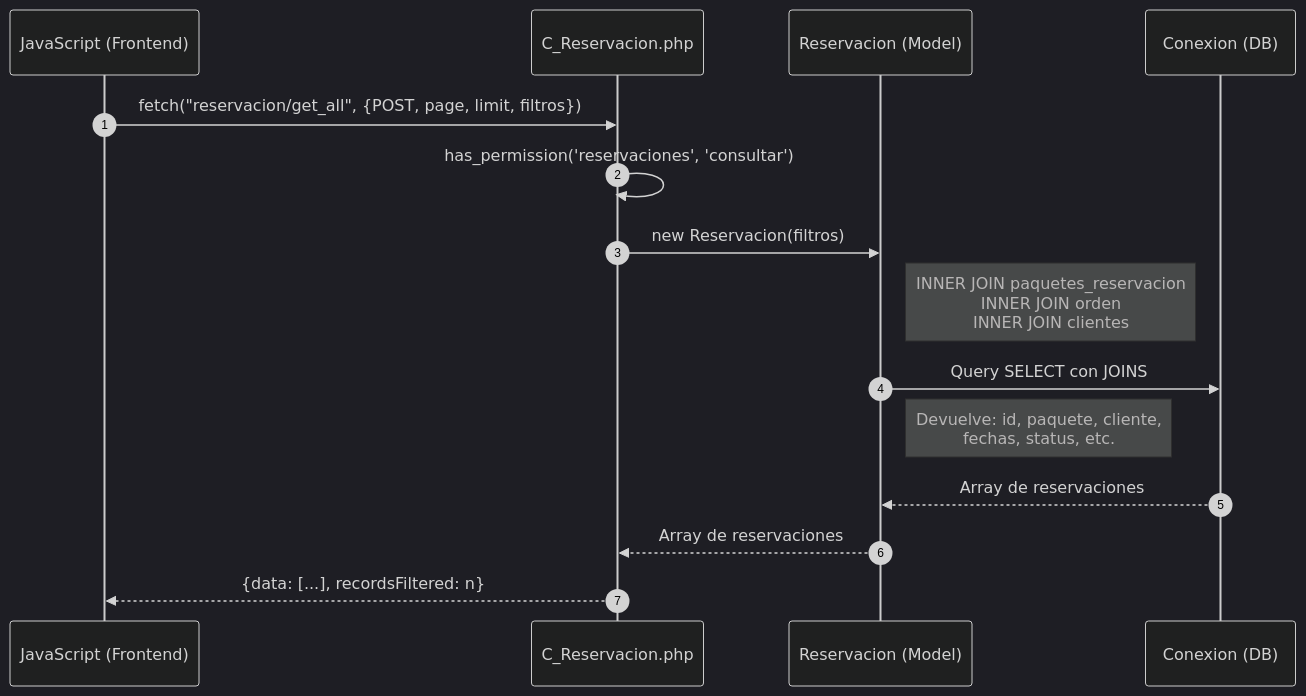
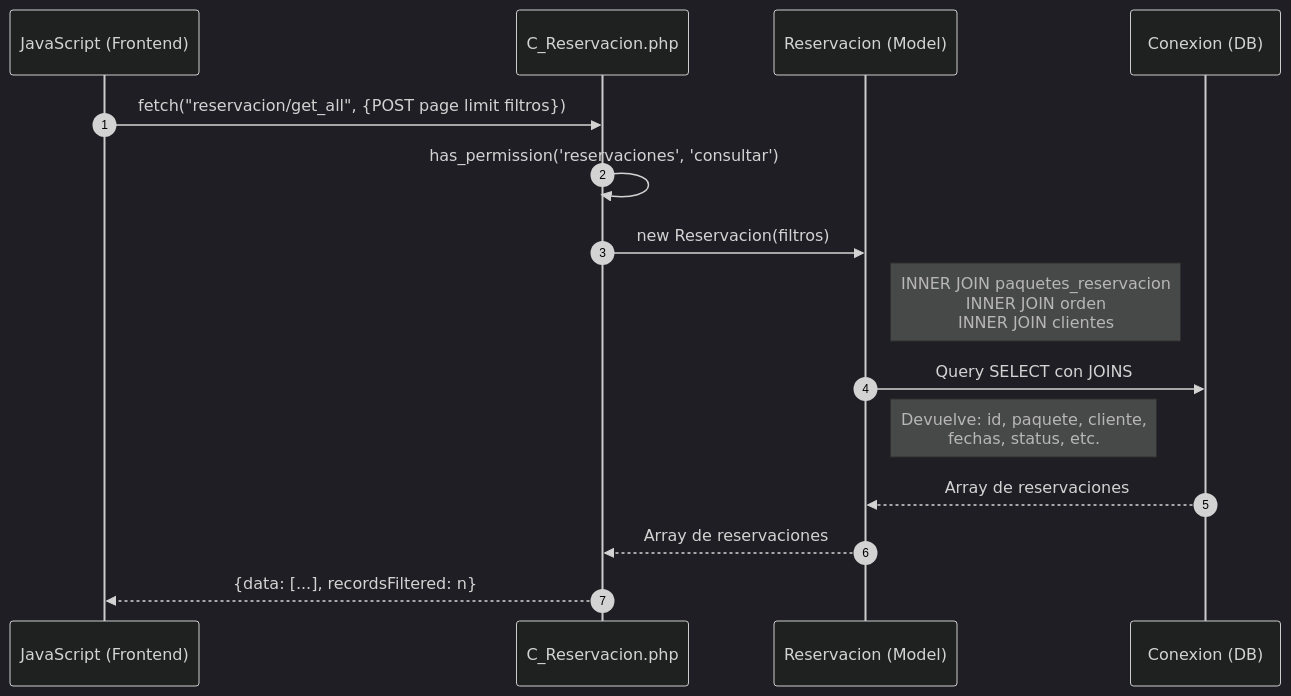
One commit to Tecrato/BurgerHouse changed the second of 4 diagrams in docs/secuencia/reservaciones/reservaciones.md. Above: the diagram before and after it, drawn with Mermaid (dark theme). The commit also changed other lines of this file and 13 other files, not shown here.

Commit message:
diagramas de secuencia

````diff
--- a/docs/secuencia/reservaciones/reservaciones.md
+++ b/docs/secuencia/reservaciones/reservaciones.md
@@ -48,23 +42,23 @@
 ```mermaid
 sequenceDiagram
     autonumber
     participant JS as JavaScript (Frontend)
     participant C_Reservacion as C_Reservacion.php
     participant Reservacion as Reservacion (Model)
     participant DB as Conexion (DB)
     
-    JS->>C_Reservacion: fetch("reservacion/get_all", {POST, page, limit, filtros})
+    JS->>C_Reservacion: fetch("reservacion/get_all", {POST page limit filtros})
     
     C_Reservacion->>C_Reservacion: has_permission('reservaciones', 'consultar')
     
     C_Reservacion->>Reservacion: new Reservacion(filtros)
     
     Note right of Reservacion: INNER JOIN paquetes_reservacion<br/>INNER JOIN orden<br/>INNER JOIN clientes
     
     Reservacion->>DB: Query SELECT con JOINS
     Note right of Reservacion: Devuelve: id, paquete, cliente,<br/>fechas, status, etc.
     DB-->>Reservacion: Array de reservaciones
     Reservacion-->>C_Reservacion: Array de reservaciones
     
     C_Reservacion-->>JS: {data: [...], recordsFiltered: n}
 ```
````
